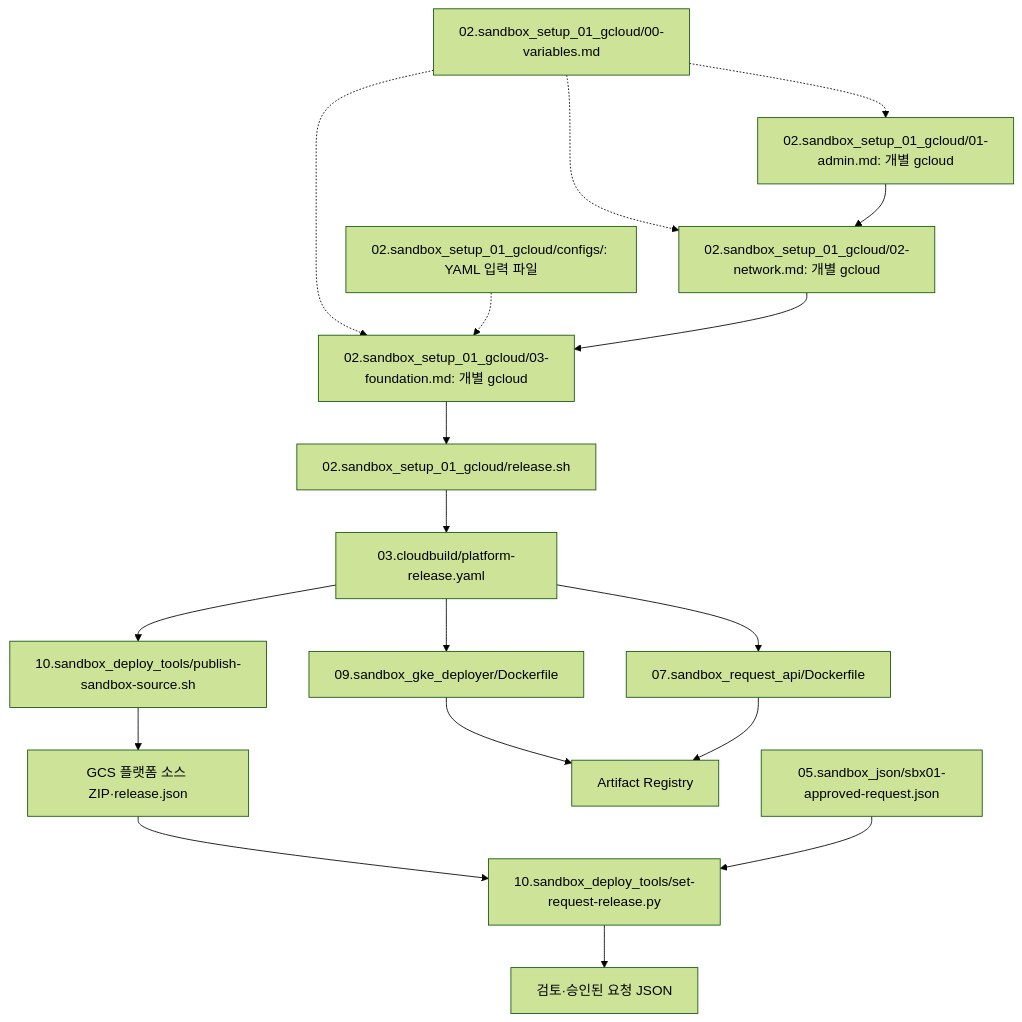
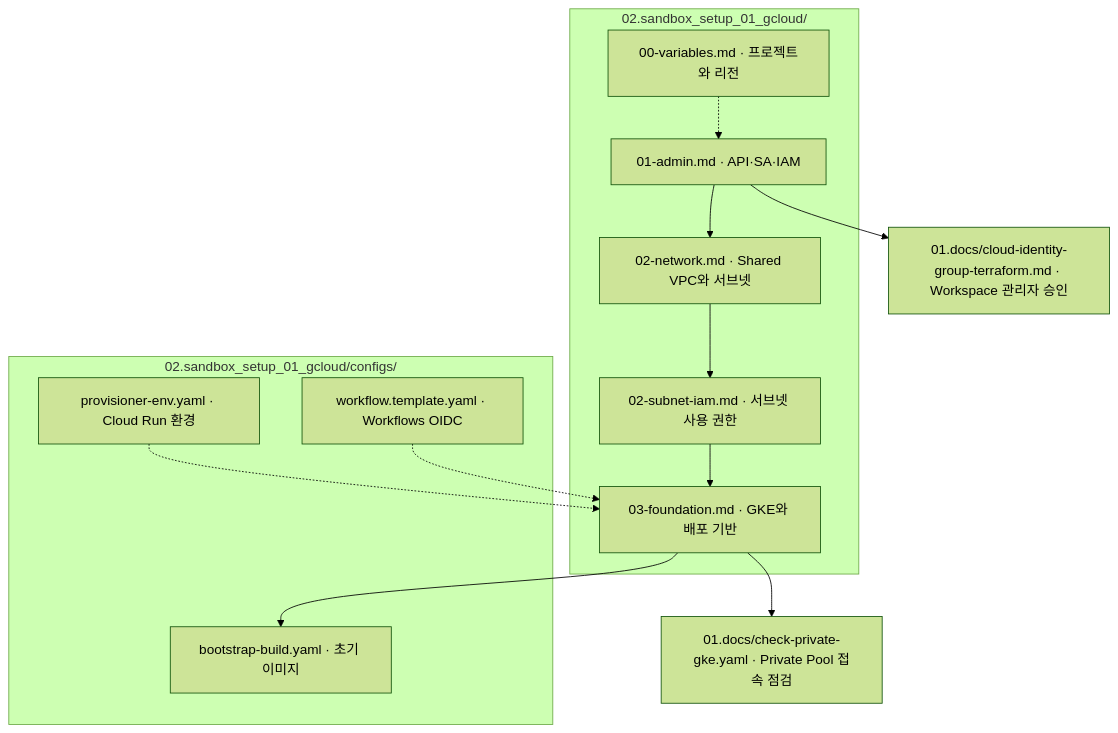
The first of 6 diagrams in 01.docs/file-relationships.md (sonmap/GCP_SBX_Test01), drawn with Mermaid (forest theme) before and after one commit. The commit also changed other lines of this file and 1 other file, not shown here.

````diff
--- a/01.docs/file-relationships.md
+++ b/01.docs/file-relationships.md
@@ -17,20 +9,22 @@
 ```mermaid
 flowchart TD
-  CFG["02.sandbox_setup_01_gcloud/00-variables.md"] -.-> A["02.sandbox_setup_01_gcloud/01-admin.md: 개별 gcloud"]
-  CFG -.-> N["02.sandbox_setup_01_gcloud/02-network.md: 개별 gcloud"]
-  CFG -.-> F["02.sandbox_setup_01_gcloud/03-foundation.md: 개별 gcloud"]
-  Y["02.sandbox_setup_01_gcloud/configs/: YAML 입력 파일"] -.-> F
-  A --> N
-  N --> F
-  F --> REL["02.sandbox_setup_01_gcloud/release.sh"]
-  REL --> YAML["03.cloudbuild/platform-release.yaml"]
-  YAML --> RD["09.sandbox_gke_deployer/Dockerfile"]
-  YAML --> PD["07.sandbox_request_api/Dockerfile"]
-  YAML --> ZIP["10.sandbox_deploy_tools/publish-sandbox-source.sh"]
-  ZIP --> SRC["GCS 플랫폼 소스 ZIP·release.json"]
-  RD --> AR["Artifact Registry"]
-  PD --> AR
-  SRC --> SET["10.sandbox_deploy_tools/set-request-release.py"]
-  EX["05.sandbox_json/sbx01-approved-request.json"] --> SET
-  SET --> APPROVED["검토·승인된 요청 JSON"]
+    subgraph MANUAL["02.sandbox_setup_01_gcloud/"]
+      VAR["00-variables.md · 프로젝트와 리전"]
+      ADM["01-admin.md · API·SA·IAM"]
+      NET["02-network.md · Shared VPC와 서브넷"]
+      IAM["02-subnet-iam.md · 서브넷 사용 권한"]
+      FOUND["03-foundation.md · GKE와 배포 기반"]
+      VAR -.-> ADM
+      ADM --> NET --> IAM --> FOUND
+    end
+    subgraph CONF["02.sandbox_setup_01_gcloud/configs/"]
+      BOOT["bootstrap-build.yaml · 초기 이미지"]
+      ENV["provisioner-env.yaml · Cloud Run 환경"]
+      WF["workflow.template.yaml · Workflows OIDC"]
+    end
+    FOUND --> BOOT
+    ENV -.-> FOUND
+    WF -.-> FOUND
+    ADM --> WS["01.docs/cloud-identity-group-terraform.md · Workspace 관리자 승인"]
+    FOUND --> CHECK["01.docs/check-private-gke.yaml · Private Pool 접속 점검"]
 ```
````
